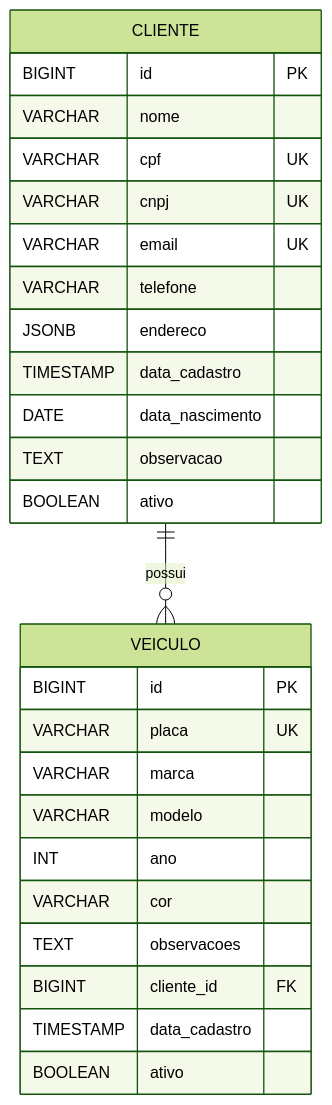
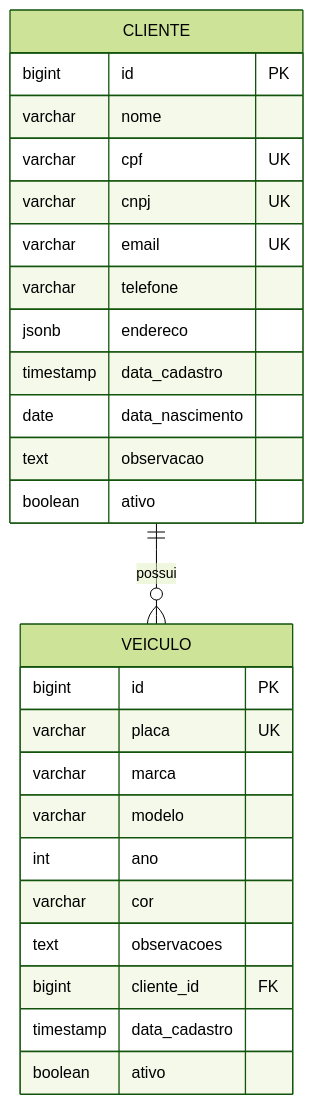
One commit to fiap-soat-grupo36/infra-database changed the third of 8 diagrams in docs/diagramas/er-completo.md. Above: the diagram before and after it, drawn with Mermaid (forest theme). The commit also changed other lines of this file, not shown here.

Commit message:
fix: diagramas ER compatíveis com GitHub

````diff
--- a/docs/diagramas/er-completo.md
+++ b/docs/diagramas/er-completo.md
@@ -191,31 +194,31 @@
 ```mermaid
 erDiagram
     CLIENTE {
-        BIGINT id PK
-        VARCHAR nome
-        VARCHAR cpf UK
-        VARCHAR cnpj UK
-        VARCHAR email UK
-        VARCHAR telefone
-        JSONB endereco
-        TIMESTAMP data_cadastro
-        DATE data_nascimento
-        TEXT observacao
-        BOOLEAN ativo
+        bigint id PK
+        varchar nome
+        varchar cpf UK
+        varchar cnpj UK
+        varchar email UK
+        varchar telefone
+        jsonb endereco
+        timestamp data_cadastro
+        date data_nascimento
+        text observacao
+        boolean ativo
     }
 
     VEICULO {
-        BIGINT id PK
-        VARCHAR placa UK
-        VARCHAR marca
-        VARCHAR modelo
-        INT ano
-        VARCHAR cor
-        TEXT observacoes
-        BIGINT cliente_id FK
-        TIMESTAMP data_cadastro
-        BOOLEAN ativo
+        bigint id PK
+        varchar placa UK
+        varchar marca
+        varchar modelo
+        int ano
+        varchar cor
+        text observacoes
+        bigint cliente_id FK
+        timestamp data_cadastro
+        boolean ativo
     }
 
     CLIENTE ||--o{ VEICULO : possui
 ```
````
